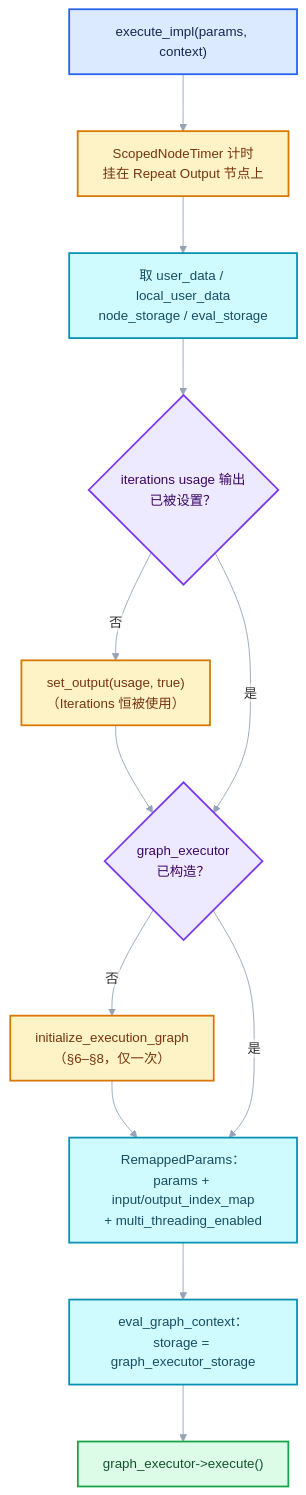
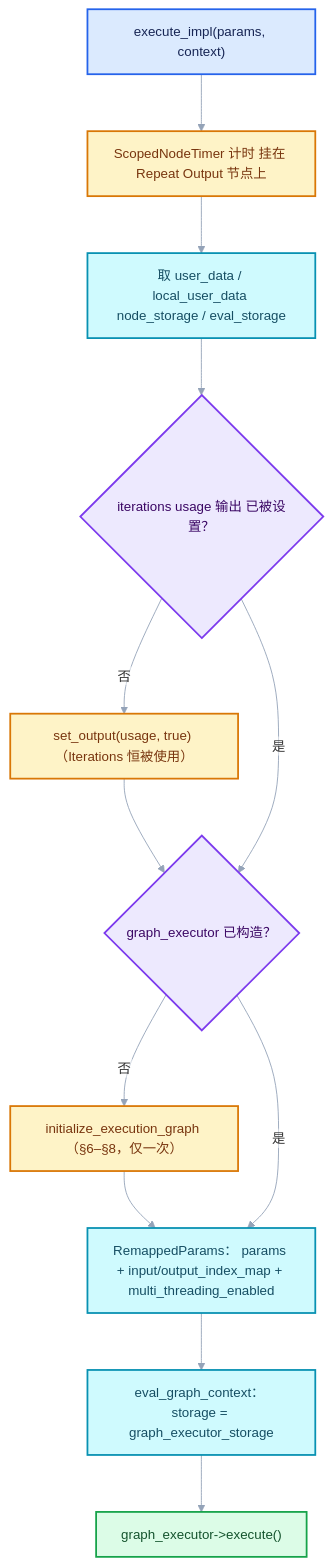
One commit to yunkezengren/blender-.vscode changed the third of 7 diagrams in 杂/markdown/重复区域-dsh/90-实现依赖专题/README.md. Above: the diagram before and after it, drawn with Mermaid. The commit also changed other lines of this file and 27 other files, not shown here.

````diff
--- a/杂/markdown/重复区域-dsh/90-实现依赖专题/README.md
+++ b/杂/markdown/重复区域-dsh/90-实现依赖专题/README.md
@@ -608,25 +578,25 @@
 ```mermaid
 %%{init: {"theme":"base","themeVariables":{"fontFamily":"\"Segoe UI\",\"Microsoft YaHei\",sans-serif","fontSize":"15px","lineColor":"#94A3B8","edgeLabelBackground":"#FFFFFF","clusterBkg":"#F8FAFC","clusterBorder":"#CBD5E1"},"flowchart":{"htmlLabels":false,"curve":"basis","nodeSpacing":52,"rankSpacing":64,"padding":14,"diagramPadding":16,"useMaxWidth":true},"sequence":{"useMaxWidth":true,"wrap":true,"mirrorActors":false,"messageMargin":36}}}%%
 flowchart TB
     S["execute_impl(params, context)"]:::input
-    T1["ScopedNodeTimer 计时<br/>挂在 Repeat Output 节点上"]:::compute
-    T2["取 user_data / local_user_data<br/>node_storage / eval_storage"]:::data
-    T3{"iterations usage 输出<br/>已被设置？"}:::abstraction
-    T4["set_output(usage, true)<br/>（Iterations 恒被使用）"]:::compute
-    T5{"graph_executor<br/>已构造？"}:::abstraction
-    T6["initialize_execution_graph<br/>（§6–§8，仅一次）"]:::compute
-    T7["RemappedParams：<br/>params + input/output_index_map<br/>+ multi_threading_enabled"]:::data
-    T8["eval_graph_context：<br/>storage = graph_executor_storage"]:::data
+    T1["ScopedNodeTimer 计时 挂在 Repeat Output 节点上"]:::compute
+    T2["取 user_data / local_user_data node_storage / eval_storage"]:::data
+    T3{"iterations usage 输出 已被设置？"}:::abstraction
+    T4["set_output(usage, true) （Iterations 恒被使用）"]:::compute
+    T5{"graph_executor 已构造？"}:::abstraction
+    T6["initialize_execution_graph （§6–§8，仅一次）"]:::compute
+    T7["RemappedParams： params + input/output_index_map + multi_threading_enabled"]:::data
+    T8["eval_graph_context： storage = graph_executor_storage"]:::data
     T9["graph_executor->execute()"]:::result
     S --> T1 --> T2 --> T3
     T3 -->|"否"| T4 --> T5
     T3 -->|"是"| T5
     T5 -->|"否"| T6 --> T7
     T5 -->|"是"| T7 --> T8 --> T9
     classDef input fill:#DBEAFE,stroke:#2563EB,color:#172554,stroke-width:2px;
     classDef data fill:#CFFAFE,stroke:#0891B2,color:#164E63,stroke-width:2px;
     classDef abstraction fill:#EDE9FE,stroke:#7C3AED,color:#3B0764,stroke-width:2px;
     classDef compute fill:#FEF3C7,stroke:#D97706,color:#78350F,stroke-width:2px;
     classDef result fill:#DCFCE7,stroke:#16A34A,color:#14532D,stroke-width:2px;
     classDef error fill:#FEE2E2,stroke:#DC2626,color:#7F1D1D,stroke-width:2px;
 ```
````
